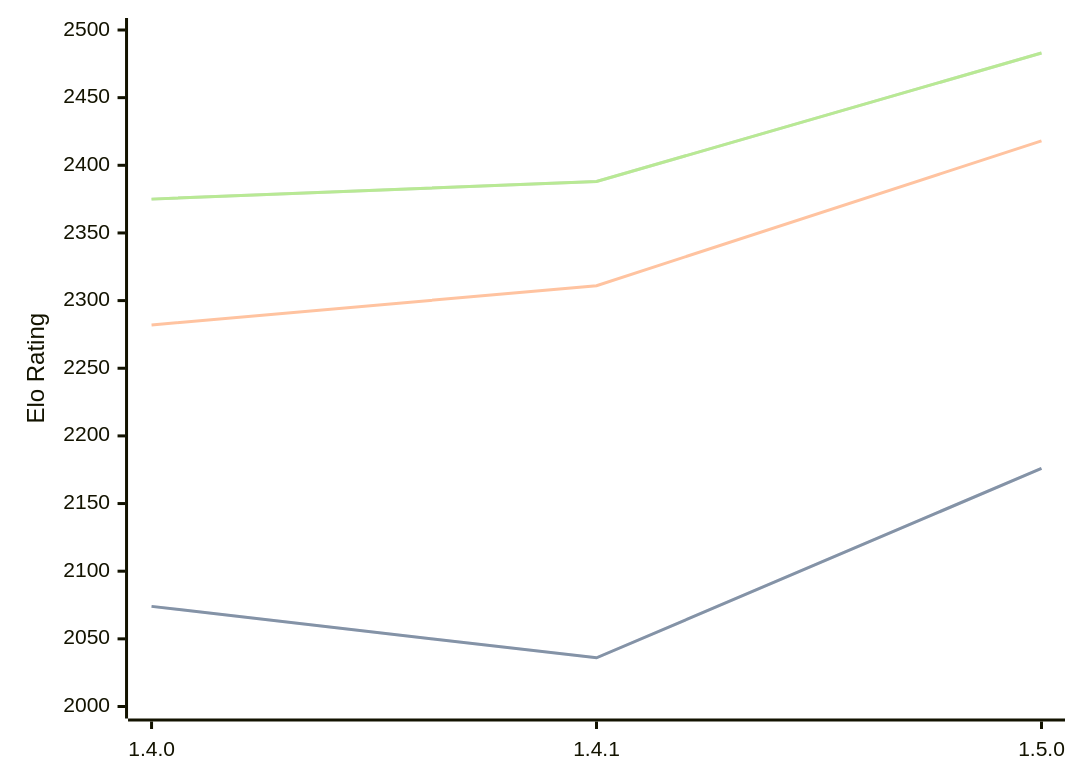
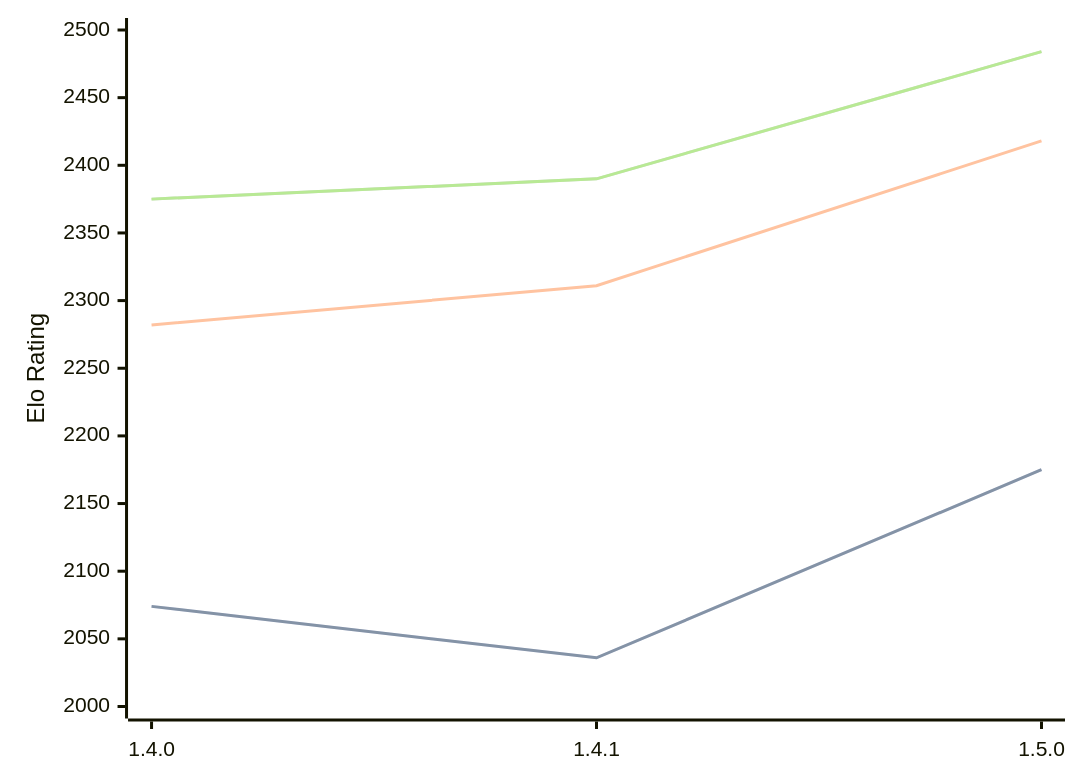
Before and after one commit to computer-chess-index/cci: the first of 3 diagrams in engines/Tofiks.md, drawn with Mermaid. The commit also changed other lines of this file, not shown here.

Commit message:
Update CCI Ratings (ELO VLTC) - 2026-06-22

````diff
--- a/engines/Tofiks.md
+++ b/engines/Tofiks.md
@@ -37,11 +37,11 @@
 ```mermaid
 %%{init: {"theme":"base","themeVariables":{"seriesColors:['#a3a3a3','#222221','#faa371']}}}%%
 xychart-beta
   x-axis ["1.4.0", "1.4.1", "1.5.0"]
   y-axis "Elo Rating" 2000 --> 2500
-  line "STC (8.0+0.08s)" [2074, 2036, 2176]
-  line "STC (8.0+0.08s)" [2074, 2036, 2176]
+  line "STC (8.0+0.08s)" [2074, 2036, 2175]
+  line "STC (8.0+0.08s)" [2074, 2036, 2175]
   line "LTC (60.0+0.60s)" [2282, 2311, 2418]
-  line "VLTC (2m24s+1.12s)" [2375, 2388, 2483]
-  line "VLTC (2m24s+1.12s)" [2375, 2388, 2483]
+  line "VLTC (2m24s+1.12s)" [2375, 2390, 2484]
+  line "VLTC (2m24s+1.12s)" [2375, 2390, 2484]
 ```
````
